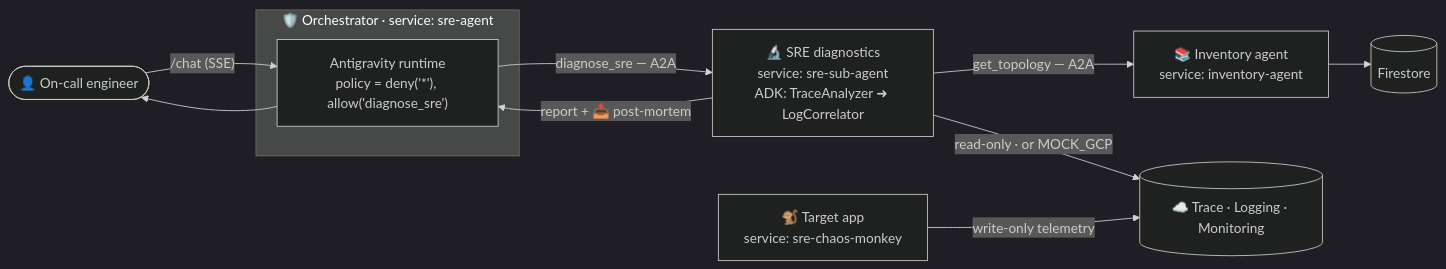
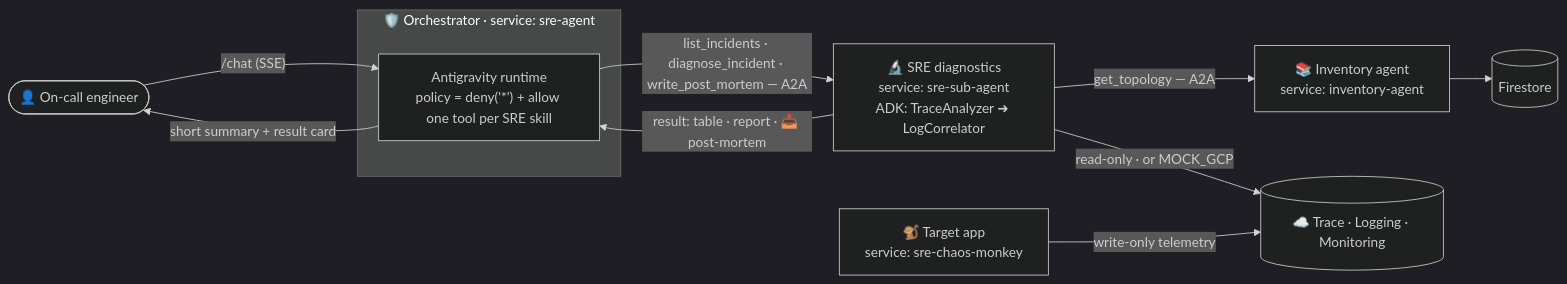
Before and after one commit to xSAVIKx/sre-agent: the diagram in README.md, drawn with Mermaid (dark theme). The commit also changed other lines of this file and 19 other files, not shown here.

First line of the commit message:
feat(sre): answer with the right skill - list, diagnose, or write up an incident

````diff
--- a/README.md
+++ b/README.md
@@ -49,15 +49,15 @@
 ```mermaid
 flowchart LR
     User(["👤 On-call engineer"]) -->|"/chat (SSE)"| ORCH
 
     subgraph Safe["🛡️ Orchestrator · service: sre-agent"]
-        ORCH["Antigravity runtime<br/>policy = deny('*'), allow('diagnose_sre')"]
+        ORCH["Antigravity runtime<br/>policy = deny('*') + allow one tool per SRE skill"]
     end
 
-    ORCH -->|"diagnose_sre — A2A"| SRE["🔬 SRE diagnostics<br/>service: sre-sub-agent<br/>ADK: TraceAnalyzer ➜ LogCorrelator"]
+    ORCH -->|"list_incidents · diagnose_incident · write_post_mortem — A2A"| SRE["🔬 SRE diagnostics<br/>service: sre-sub-agent<br/>ADK: TraceAnalyzer ➜ LogCorrelator"]
     SRE -->|"get_topology — A2A"| INV["📚 Inventory agent<br/>service: inventory-agent"]
     INV --> FS[("Firestore")]
     SRE -->|"read-only · or MOCK_GCP"| OBS[("☁️ Trace · Logging · Monitoring")]
     APP["🐒 Target app<br/>service: sre-chaos-monkey"] -->|"write-only telemetry"| OBS
-    SRE -->|"report + 📥 post-mortem"| ORCH --> User
+    SRE -->|"result: table · report · 📥 post-mortem"| ORCH -->|"short summary + result card"| User
 ```
````
